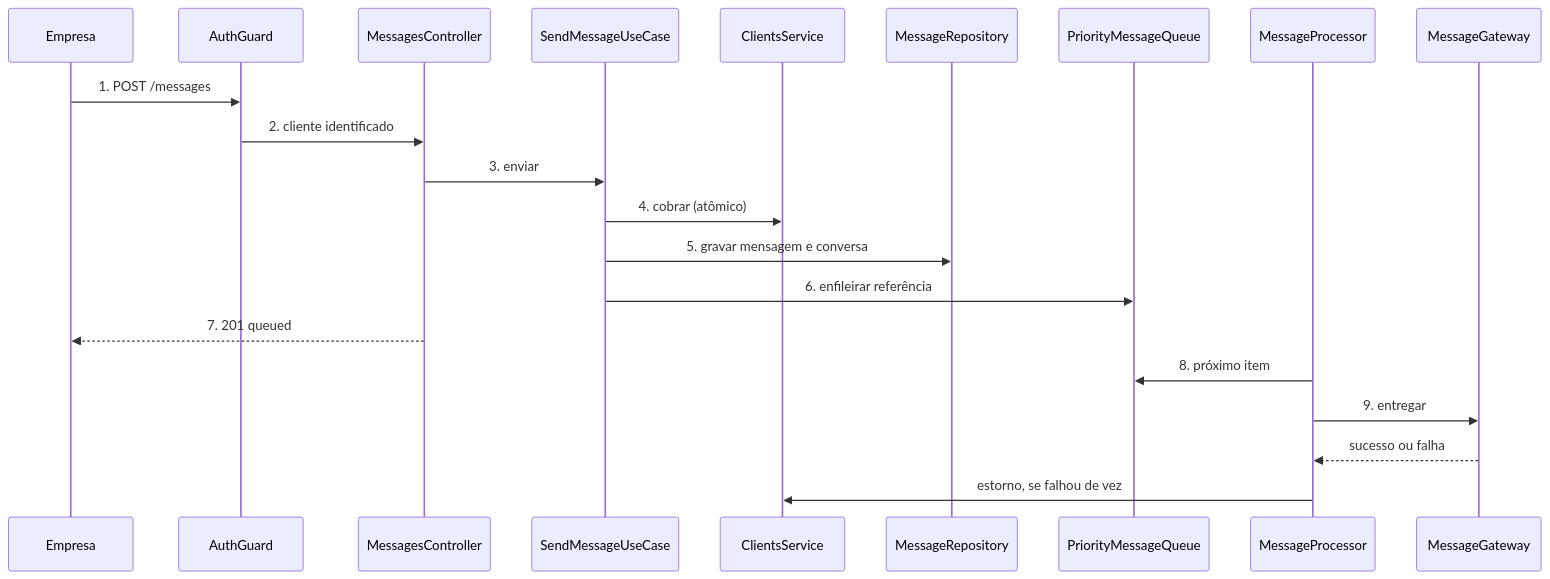
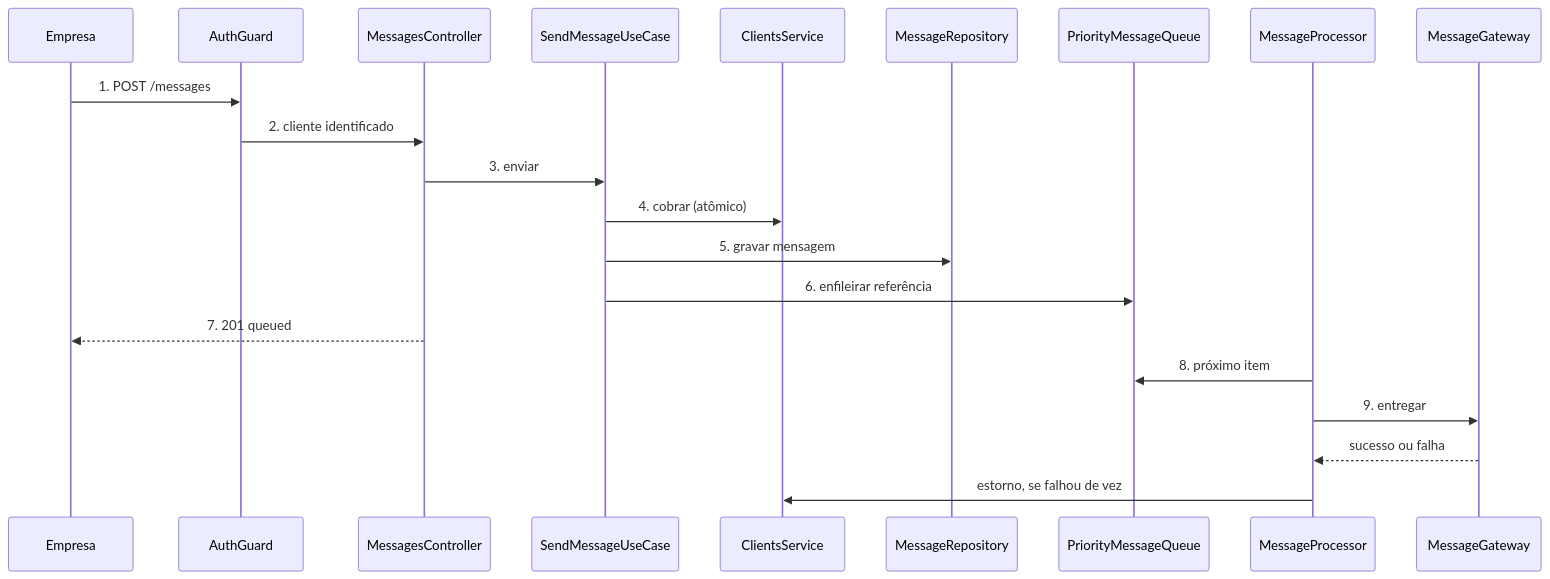
One commit to jleandrodev/bcb-teste changed the first of 3 diagrams in .specs/features/message-queue/plan.md. Above: the diagram before and after it, drawn with Mermaid. The commit also changed other lines of this file and 8 other files, not shown here.

````diff
--- a/.specs/features/message-queue/plan.md
+++ b/.specs/features/message-queue/plan.md
@@ -28,23 +25,23 @@
 ```mermaid
 sequenceDiagram
     participant C as Empresa
     participant G as AuthGuard
     participant M as MessagesController
     participant U as SendMessageUseCase
     participant S as ClientsService
     participant R as MessageRepository
     participant Q as PriorityMessageQueue
     participant P as MessageProcessor
     participant W as MessageGateway
     C->>G: 1. POST /messages
     G->>M: 2. cliente identificado
     M->>U: 3. enviar
     U->>S: 4. cobrar (atômico)
-    U->>R: 5. gravar mensagem e conversa
+    U->>R: 5. gravar mensagem
     U->>Q: 6. enfileirar referência
     M-->>C: 7. 201 queued
     P->>Q: 8. próximo item
     P->>W: 9. entregar
     W-->>P: sucesso ou falha
     P->>S: estorno, se falhou de vez
 ```
````
